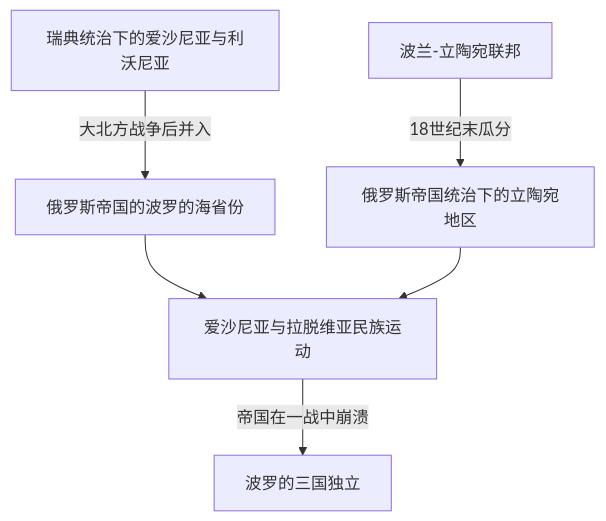
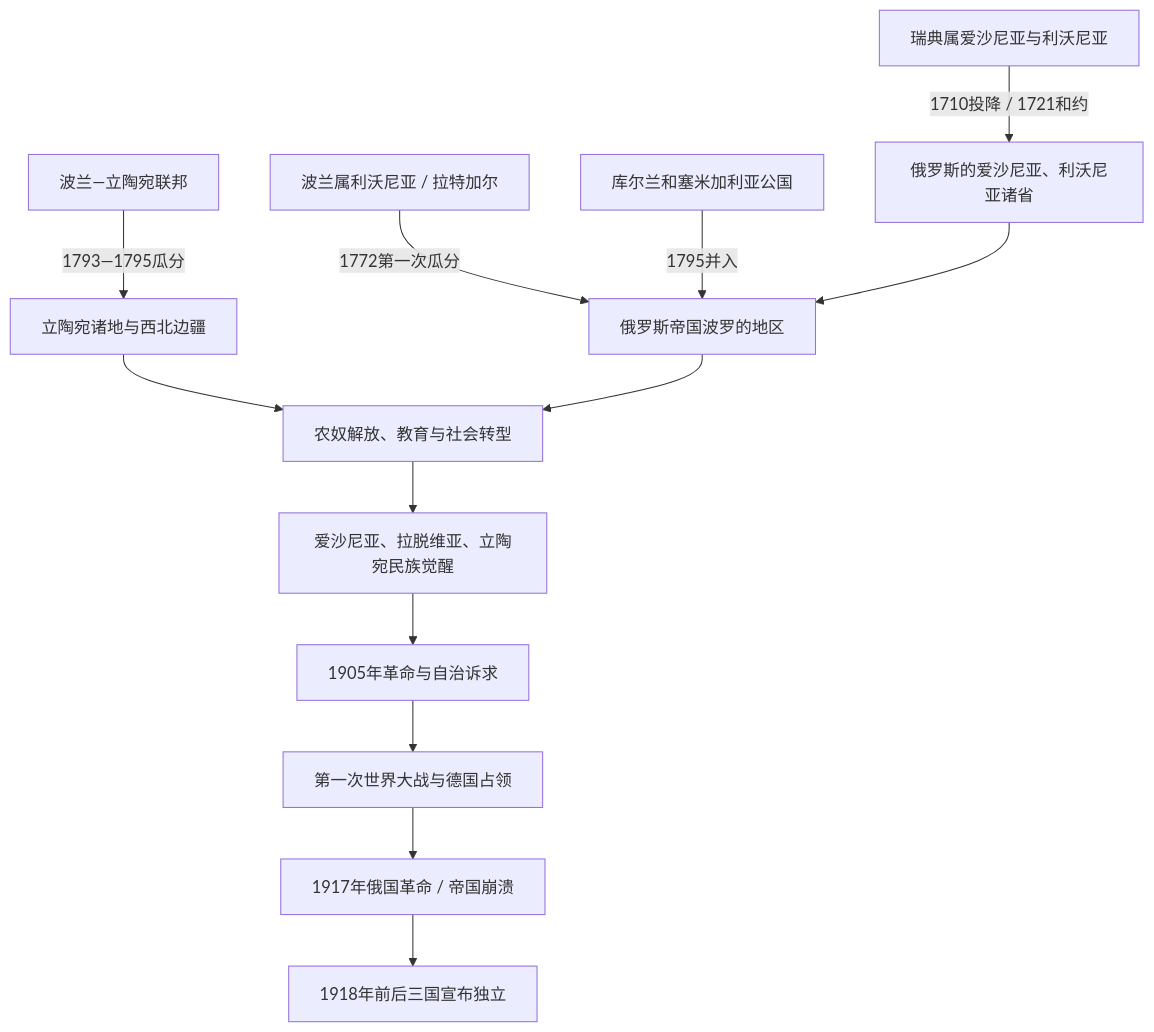
One commit to tianlan-dev/learning-notes changed the diagram in 人文科学/历史/欧洲/波罗的海/俄罗斯帝国统治下的波罗的海.md. Above: the diagram before and after it, drawn with Mermaid. The commit also changed other lines of this file and 1417 other files, not shown here.

````diff
--- a/人文科学/历史/欧洲/波罗的海/俄罗斯帝国统治下的波罗的海.md
+++ b/人文科学/历史/欧洲/波罗的海/俄罗斯帝国统治下的波罗的海.md
@@ -17,8 +21,15 @@
 ```mermaid
 flowchart TD
-    SwedishBaltic["瑞典统治下的爱沙尼亚与利沃尼亚"] -->|大北方战争后并入| RussianBaltic["俄罗斯帝国的波罗的海省份"]
-    Commonwealth["波兰-立陶宛联邦"] -->|18世纪末瓜分| LithuanianLands["俄罗斯帝国统治下的立陶宛地区"]
-    RussianBaltic --> NationalMovements["爱沙尼亚与拉脱维亚民族运动"]
-    LithuanianLands --> NationalMovements
-    NationalMovements -->|帝国在一战中崩溃| Independence["波罗的三国独立"]
+    Swedish["瑞典属爱沙尼亚与利沃尼亚"] -->|1710投降 / 1721和约| BalticProvinces["俄罗斯的爱沙尼亚、利沃尼亚诸省"]
+    PolishLivonia["波兰属利沃尼亚 / 拉特加尔"] -->|1772第一次瓜分| BalticEmpire["俄罗斯帝国波罗的地区"]
+    Commonwealth["波兰—立陶宛联邦"] -->|1793—1795瓜分| LithuanianLands["立陶宛诸地与西北边疆"]
+    Courland["库尔兰和塞米加利亚公国"] -->|1795并入| BalticEmpire
+    BalticProvinces --> BalticEmpire
+    LithuanianLands --> Reform["农奴解放、教育与社会转型"]
+    BalticEmpire --> Reform
+    Reform --> Awakenings["爱沙尼亚、拉脱维亚、立陶宛民族觉醒"]
+    Awakenings --> Revolution1905["1905年革命与自治诉求"]
+    Revolution1905 --> WorldWar["第一次世界大战与德国占领"]
+    WorldWar --> Revolutions1917["1917年俄国革命 / 帝国崩溃"]
+    Revolutions1917 --> Independence["1918年前后三国宣布独立"]
 ```
````
